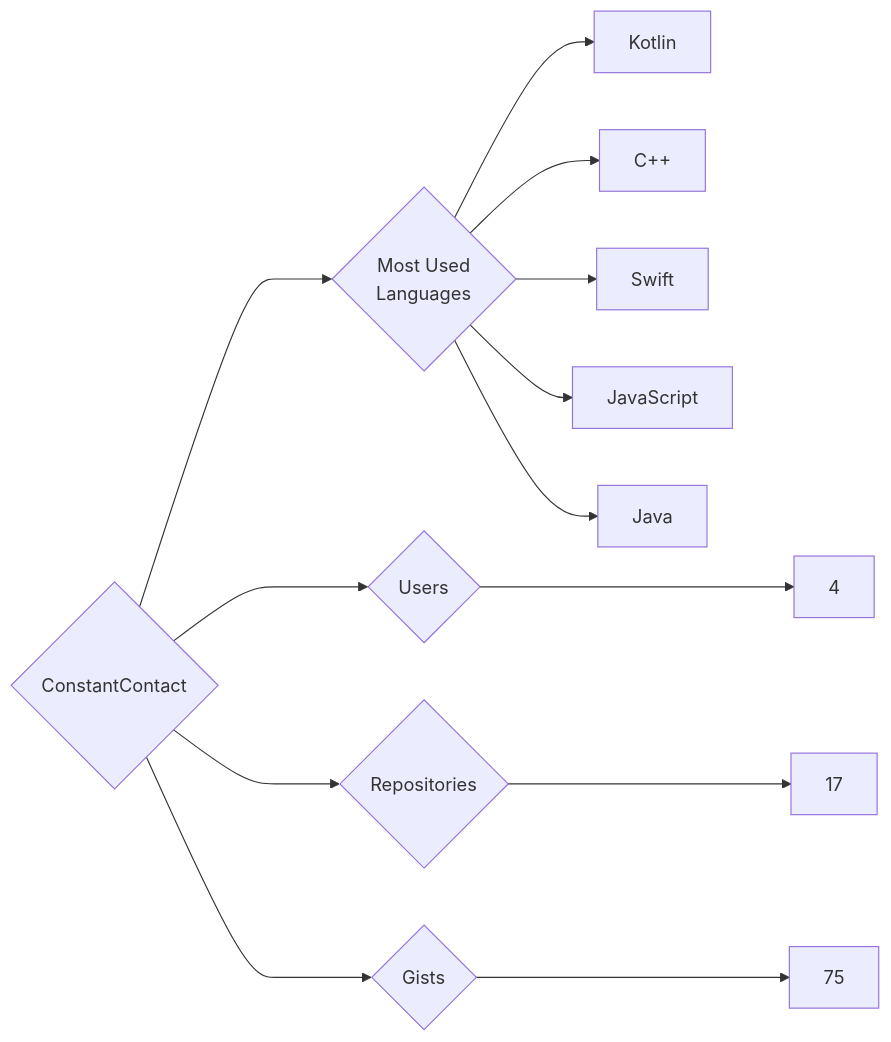
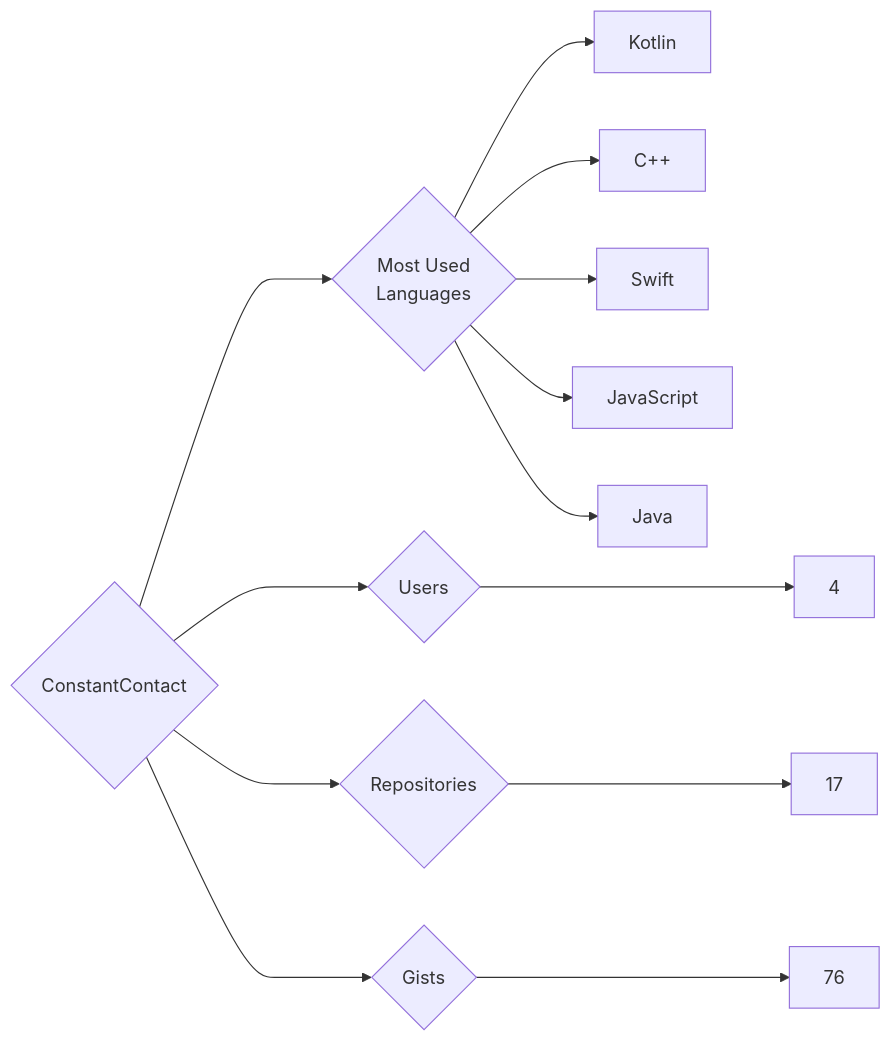
One commit to trickest/insiders changed the diagram in targets/ConstantContact/README.md. Above: the diagram before and after it, drawn with Mermaid. The commit also changed 837 other files, not shown here.

````diff
--- a/targets/ConstantContact/README.md
+++ b/targets/ConstantContact/README.md
@@ -3,13 +3,13 @@
 ```mermaid
 graph LR
 COMPANY_NAME{ConstantContact}
 COMPANY_NAME ---> U{Users} ---> UN[4]
 COMPANY_NAME ---> R{Repositories} ---> RN[17]
-COMPANY_NAME ---> G{Gists} ---> GN[75]
+COMPANY_NAME ---> G{Gists} ---> GN[76]
 COMPANY_NAME ---> ML{Most Used<br>Languages}
 ML --> Kotlin[Kotlin]
 ML --> C++[C++]
 ML --> Swift[Swift]
 ML --> JavaScript[JavaScript]
 ML --> Java[Java]
 ```
````
